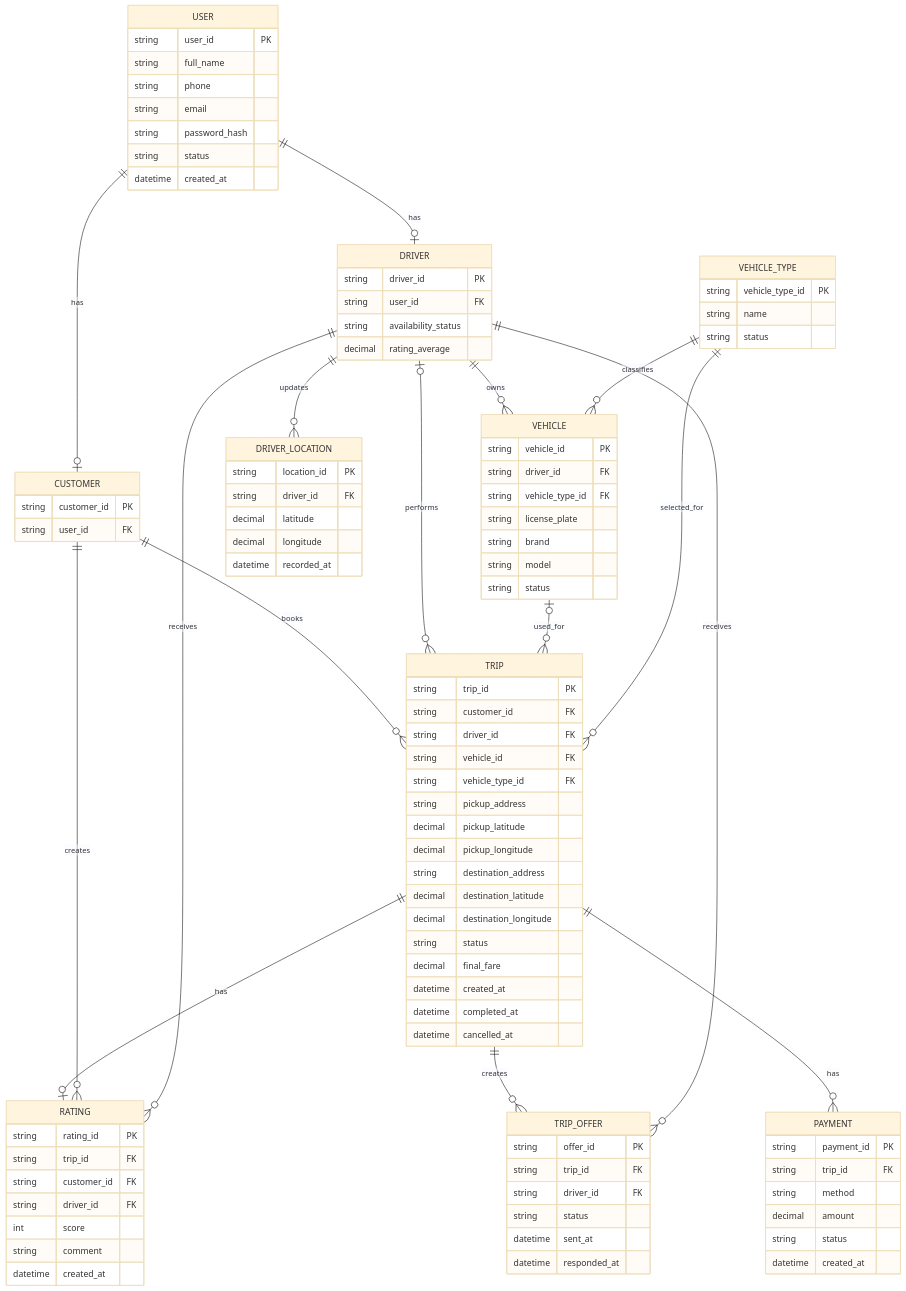
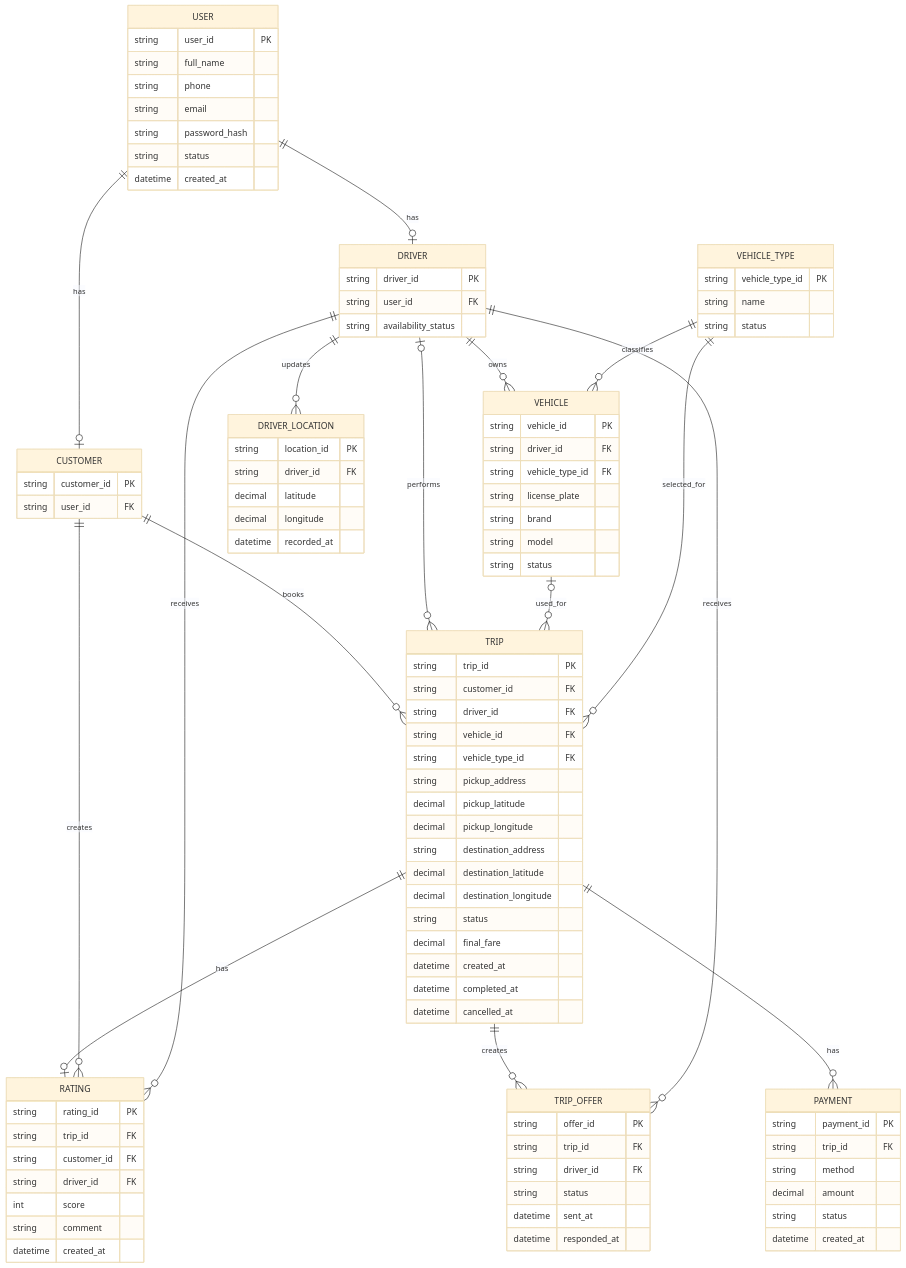
Before and after one commit to ntthuyvy0205-source/23662281_NguyenThiThuyVy_CABSYSTEM: the third of 4 diagrams in SRS.md, drawn with Mermaid (base theme). The commit also changed other lines of this file, not shown here.

```diff
--- a/SRS.md
+++ b/SRS.md
@@ -408,7 +419,6 @@
         string driver_id PK
         string user_id FK
         string availability_status
-        decimal rating_average
     }
 
     VEHICLE_TYPE {
```
